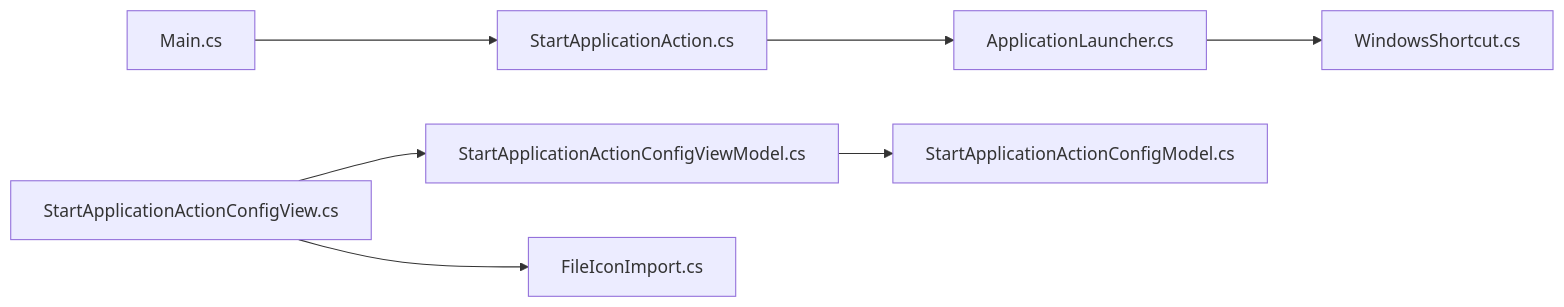
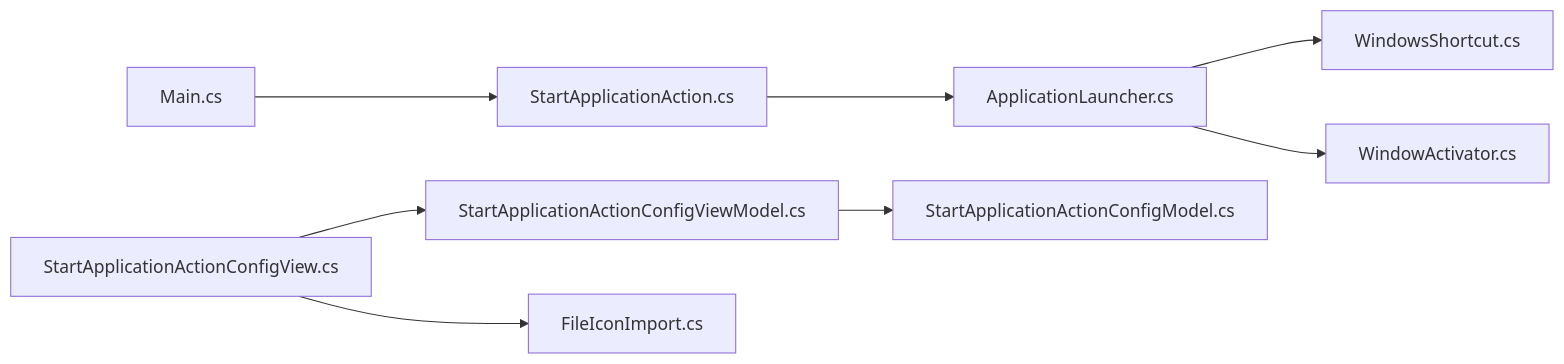
The sixth of 6 diagrams in .qoder/repowiki/zh/content/开发者指南/工具函数库/应用程序启动器.md (tea4go/Macro-Deck-Windows-Utils-Plugin), drawn with Mermaid before and after one commit. The commit also changed other lines of this file and 16 other files, not shown here.

````diff
--- a/.qoder/repowiki/zh/content/开发者指南/工具函数库/应用程序启动器.md
+++ b/.qoder/repowiki/zh/content/开发者指南/工具函数库/应用程序启动器.md
@@ -275,9 +313,10 @@
 ```mermaid
 graph LR
 MAIN["Main.cs"] --> ACTION["StartApplicationAction.cs"]
 ACTION --> LAUNCHER["ApplicationLauncher.cs"]
 LAUNCHER --> SHORTCUT["WindowsShortcut.cs"]
+LAUNCHER --> WINDOWACTIVATOR["WindowActivator.cs"]
 VIEW["StartApplicationActionConfigView.cs"] --> VM["StartApplicationActionConfigViewModel.cs"]
 VM --> MODEL["StartApplicationActionConfigModel.cs"]
 VIEW --> ICON["FileIconImport.cs"]
 ```
````
